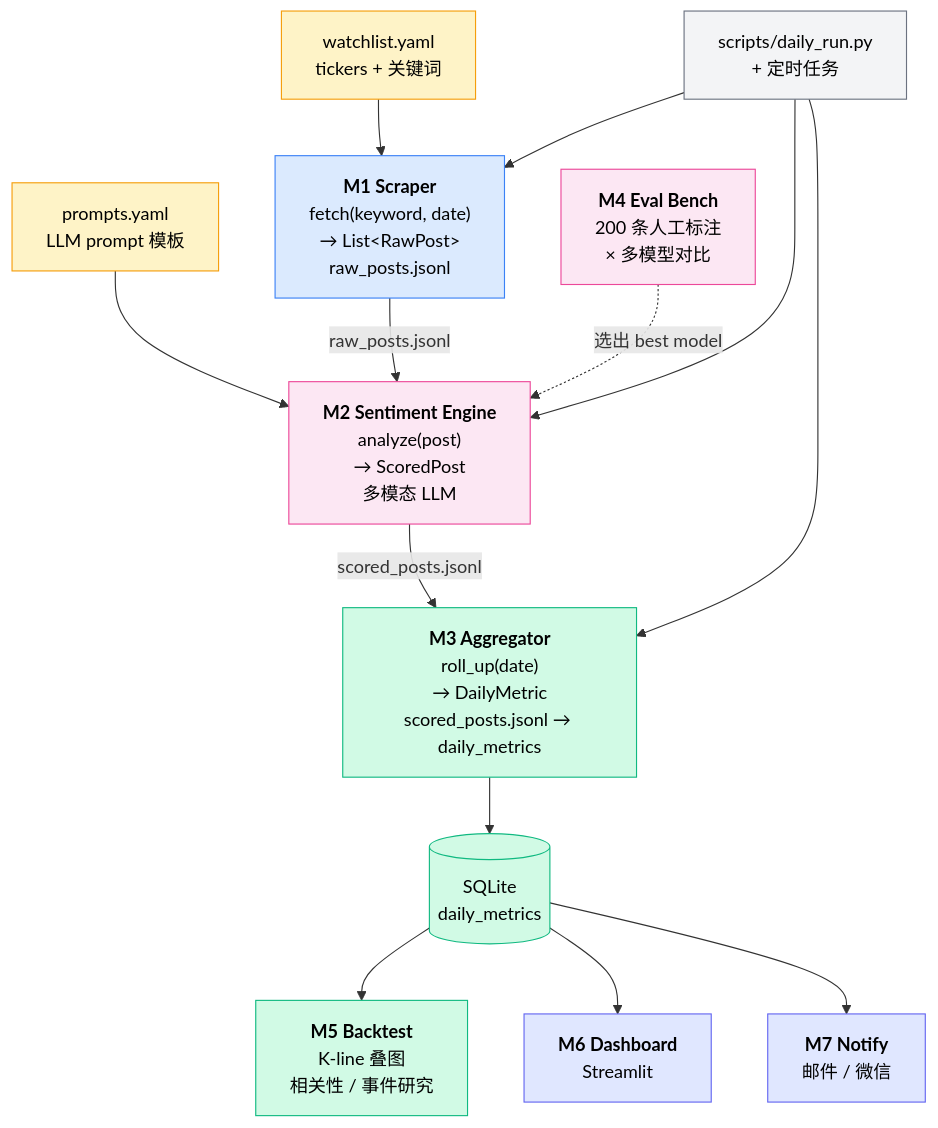
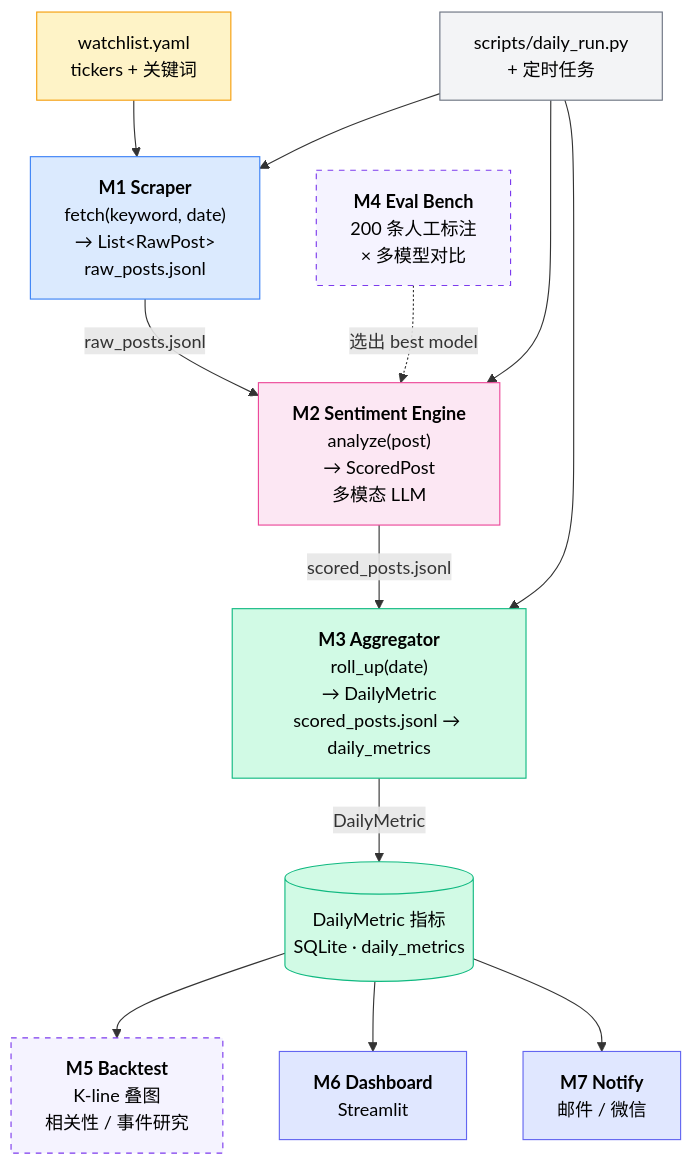
One commit to lelelelelelelelelelelelele/rednote_monitor changed the diagram in docs/architecture/diagram.mmd. Above: the diagram before and after it, drawn with Mermaid. The commit also changed 2 other files, not shown here.

Commit message:
arch: v0.2 — 输出明确化 + 拆 research 旁路 + 删 prompts 节点
按用户回看 v0.1 的三个观感问题改:

1. 输出不明:DB 框 label 改"DailyMetric 指标",note 降为"SQLite·daily_metrics";
   M3→DB 边加 label "DailyMetric"。系统输入(watchlist)和输出(DailyMetric)
   现在视觉上对称。

2. M5 不该和 M6/M7 平级:M4(上线前评测)+ M5(上线后回测)都是研究/
   验证旁路,新增 research category(紫虚框),两个一起挪过去。M6/M7
   留在 front,主流水线右下角。

3. prompts.yaml 喧宾夺主:删掉,系统级图只留 watchlist 作为概念输入。
   prompts 是 M2 实现细节,该在 M2 / M4 的下钻子图里出现(目前 BLUEPRINT
   § 二 M2 / M4 模块定义已覆盖)。

三个 view 全同步:schema.yaml(SoT)/ diagram.mmd(mermaid)/ diagram.png(图生图重渲)。

```diff
--- a/docs/architecture/diagram.mmd
+++ b/docs/architecture/diagram.mmd
@@ -1,45 +1,44 @@
-%% source of truth: docs/architecture/schema.yaml
+%% source of truth: docs/architecture/schema.yaml (v0.2)
 %% 这是 README/GitHub 自渲染的 fallback view。改架构改 schema.yaml,本块同步抄过来。
 %% 预览: 整块粘到 https://mermaid.live,或 VS Code 装 Markdown Preview Mermaid Support。
 flowchart TB
-    %% Config
+    %% Config(系统级输入)
     WL["watchlist.yaml<br/>tickers + 关键词"]:::config
-    PR["prompts.yaml<br/>LLM prompt 模板"]:::config
 
     %% Pipeline
     M1["<b>M1 Scraper</b><br/>fetch(keyword, date)<br/>→ List&lt;RawPost&gt;<br/>raw_posts.jsonl"]:::scraper
     M2["<b>M2 Sentiment Engine</b><br/>analyze(post)<br/>→ ScoredPost<br/>多模态 LLM"]:::ai
     M3["<b>M3 Aggregator</b><br/>roll_up(date)<br/>→ DailyMetric<br/>scored_posts.jsonl → daily_metrics"]:::data
-    DB[("SQLite<br/>daily_metrics")]:::data
+    DB[("DailyMetric 指标<br/>SQLite · daily_metrics")]:::data
 
-    %% QA
-    M4["<b>M4 Eval Bench</b><br/>200 条人工标注<br/>× 多模型对比"]:::ai
+    %% Research / Eval(虚框旁路)
+    M4["<b>M4 Eval Bench</b><br/>200 条人工标注<br/>× 多模型对比"]:::research
+    M5["<b>M5 Backtest</b><br/>K-line 叠图<br/>相关性 / 事件研究"]:::research
 
-    %% Output
-    M5["<b>M5 Backtest</b><br/>K-line 叠图<br/>相关性 / 事件研究"]:::data
+    %% Output(生产侧消费)
     M6["<b>M6 Dashboard</b><br/>Streamlit"]:::front
     M7["<b>M7 Notify</b><br/>邮件 / 微信"]:::front
 
     %% Orchestration
     OR["scripts/daily_run.py<br/>+ 定时任务"]:::orch
 
     %% Flow
     WL --> M1
-    PR --> M2
     M1 -- raw_posts.jsonl --> M2
     M2 -- scored_posts.jsonl --> M3
-    M3 --> DB
+    M3 -- DailyMetric --> DB
     M4 -. 选出 best model .-> M2
     DB --> M5
     DB --> M6
     DB --> M7
     OR --> M1
     OR --> M2
     OR --> M3
 
-    classDef config fill:#fef3c7,stroke:#f59e0b,color:#000
-    classDef scraper fill:#dbeafe,stroke:#3b82f6,color:#000
-    classDef ai fill:#fce7f3,stroke:#ec4899,color:#000
-    classDef data fill:#d1fae5,stroke:#10b981,color:#000
-    classDef front fill:#e0e7ff,stroke:#6366f1,color:#000
-    classDef orch fill:#f3f4f6,stroke:#6b7280,color:#000
+    classDef config   fill:#fef3c7,stroke:#f59e0b,color:#000
+    classDef scraper  fill:#dbeafe,stroke:#3b82f6,color:#000
+    classDef ai       fill:#fce7f3,stroke:#ec4899,color:#000
+    classDef data     fill:#d1fae5,stroke:#10b981,color:#000
+    classDef research fill:#f5f3ff,stroke:#7c3aed,color:#000,stroke-dasharray:5 5
+    classDef front    fill:#e0e7ff,stroke:#6366f1,color:#000
+    classDef orch     fill:#f3f4f6,stroke:#6b7280,color:#000
```
